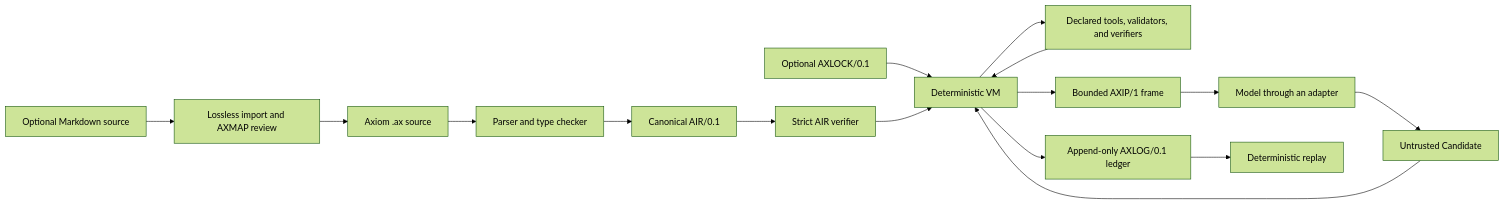
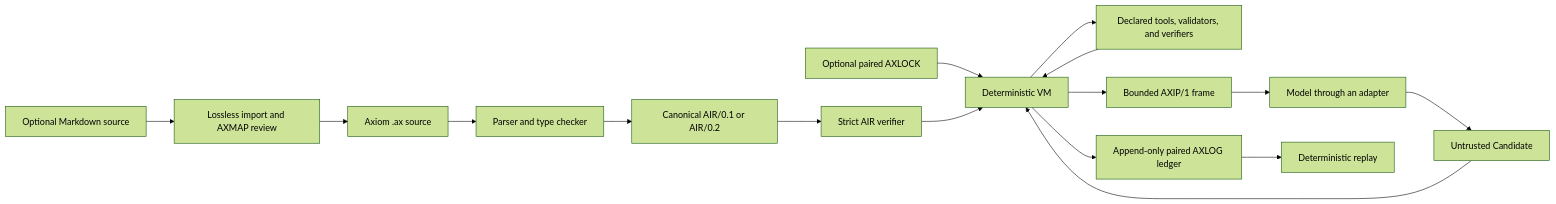
The diagram in README.md (bilalxashraf/axiom), drawn with Mermaid (forest theme) before and after one commit. The commit also changed other lines of this file and 43 other files, not shown here.

Commit message:
sequences, conditionals and loops

````diff
--- a/README.md
+++ b/README.md
@@ -226,18 +263,18 @@
 ```mermaid
 flowchart LR
     MD["Optional Markdown source"] --> IMP["Lossless import and AXMAP review"]
     IMP --> AX["Axiom .ax source"]
     AX --> CHECK["Parser and type checker"]
-    CHECK --> AIR["Canonical AIR/0.1"]
+    CHECK --> AIR["Canonical AIR/0.1 or AIR/0.2"]
     AIR --> VERIFY["Strict AIR verifier"]
-    LOCK["Optional AXLOCK/0.1"] --> VM["Deterministic VM"]
+    LOCK["Optional paired AXLOCK"] --> VM["Deterministic VM"]
     VERIFY --> VM
     VM --> PORTS["Declared tools, validators, and verifiers"]
     VM --> AXIP["Bounded AXIP/1 frame"]
     AXIP --> MODEL["Model through an adapter"]
     MODEL --> CANDIDATE["Untrusted Candidate<T>"]
     CANDIDATE --> VM
     PORTS --> VM
-    VM --> LOG["Append-only AXLOG/0.1 ledger"]
+    VM --> LOG["Append-only paired AXLOG ledger"]
     LOG --> REPLAY["Deterministic replay"]
 ```
````
